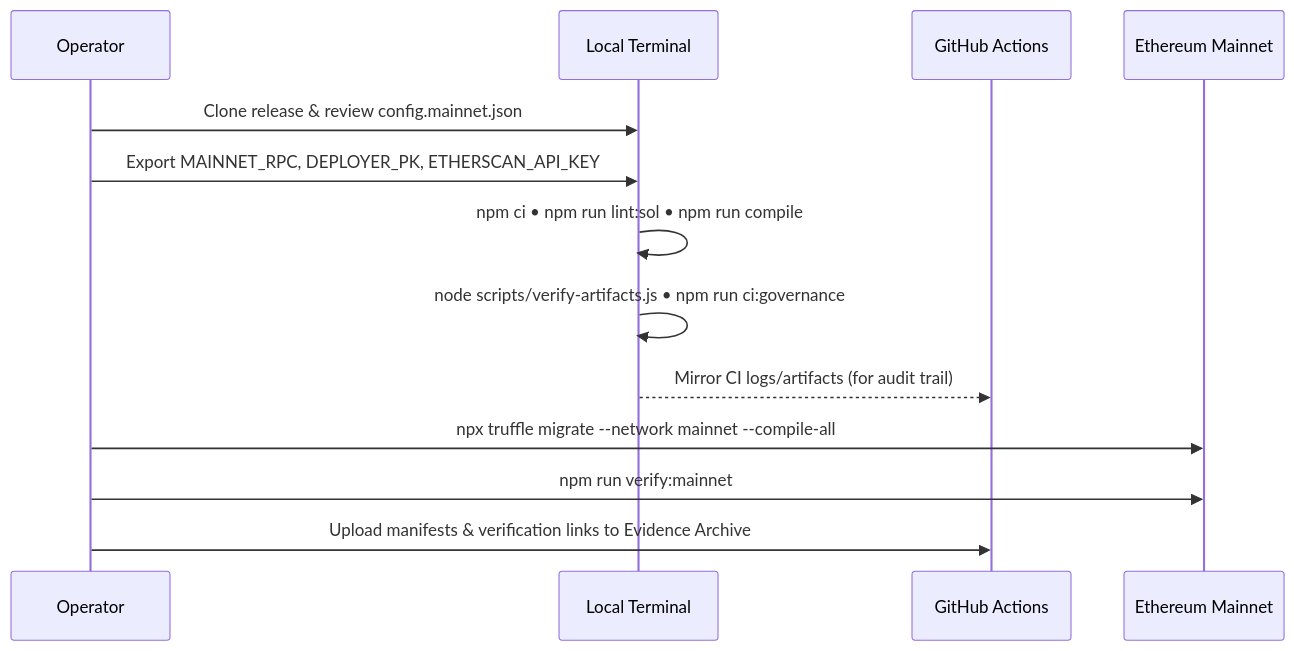
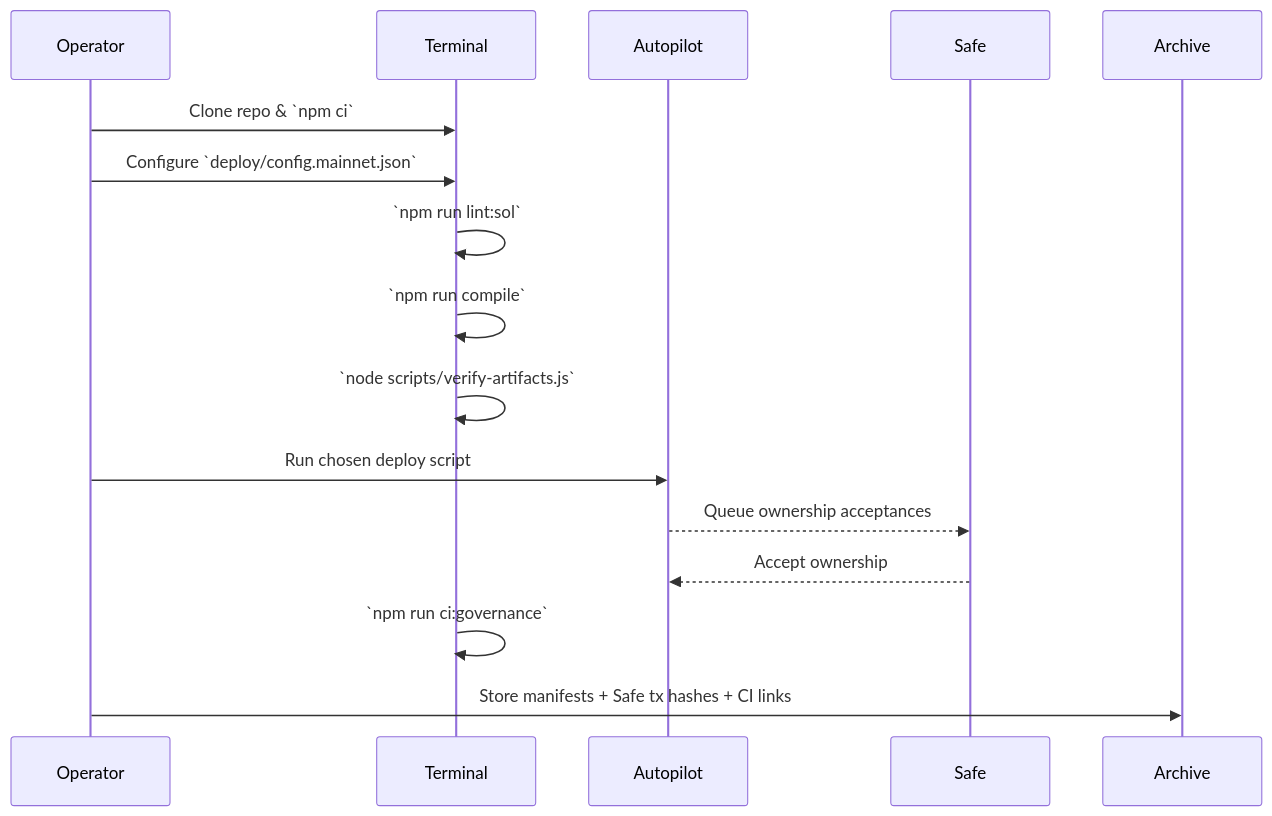
Before and after one commit to MontrealAI/agijobs-sovereign-labor-v0p1: the second of 4 diagrams in deploy/README.md, drawn with Mermaid. The commit also changed other lines of this file and 7 other files, not shown here.

````diff
--- a/deploy/README.md
+++ b/deploy/README.md
@@ -106,15 +87,19 @@
 ```mermaid
 sequenceDiagram
     participant Operator
-    participant LocalCI as Local Terminal
-    participant Actions as GitHub Actions
-    participant Ethereum as Ethereum Mainnet
-    Operator->>LocalCI: Clone release & review config.mainnet.json
-    Operator->>LocalCI: Export MAINNET_RPC, DEPLOYER_PK, ETHERSCAN_API_KEY
-    LocalCI->>LocalCI: npm ci • npm run lint:sol • npm run compile
-    LocalCI->>LocalCI: node scripts/verify-artifacts.js • npm run ci:governance
-    LocalCI-->>Actions: Mirror CI logs/artifacts (for audit trail)
-    Operator->>Ethereum: npx truffle migrate --network mainnet --compile-all
-    Operator->>Ethereum: npm run verify:mainnet
-    Operator->>Actions: Upload manifests & verification links to Evidence Archive
+    participant Terminal
+    participant Autopilot
+    participant Safe
+    participant Archive
+
+    Operator->>Terminal: Clone repo & `npm ci`
+    Operator->>Terminal: Configure `deploy/config.mainnet.json`
+    Terminal->>Terminal: `npm run lint:sol`
+    Terminal->>Terminal: `npm run compile`
+    Terminal->>Terminal: `node scripts/verify-artifacts.js`
+    Operator->>Autopilot: Run chosen deploy script
+    Autopilot-->>Safe: Queue ownership acceptances
+    Safe-->>Autopilot: Accept ownership
+    Terminal->>Terminal: `npm run ci:governance`
+    Operator->>Archive: Store manifests + Safe tx hashes + CI links
 ```
````
